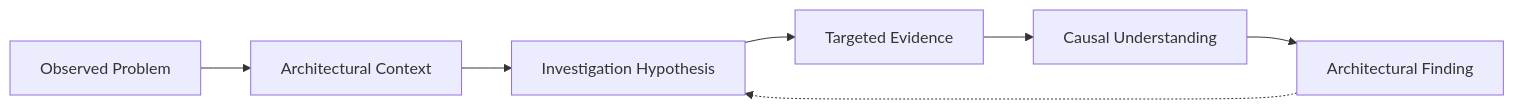
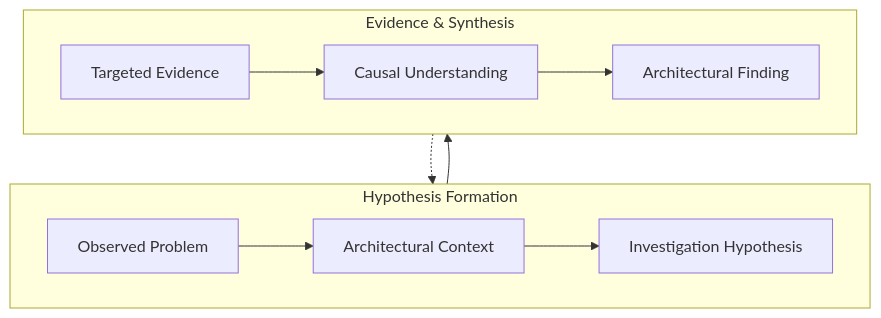
One commit to avfranco-br/portfolio changed the fourth of 24 diagrams in docs/sop/methods/architecture-assessment-and-roadmap.md. Above: the diagram before and after it, drawn with Mermaid. The commit also changed other lines of this file and 10 other files, not shown here.

Commit message:
Refactor Mermaid diagrams across SOP and methods documentation for legibility

````diff
--- a/docs/sop/methods/architecture-assessment-and-roadmap.md
+++ b/docs/sop/methods/architecture-assessment-and-roadmap.md
@@ -241,11 +259,17 @@
 ```mermaid
-flowchart LR
-    A["Observed Problem"]
-    B["Architectural Context"]
-    C["Investigation Hypothesis"]
-    D["Targeted Evidence"]
-    E["Causal Understanding"]
-    F["Architectural Finding"]
-    A --> B --> C --> D --> E --> F
+flowchart TD
+    subgraph Tier1["Hypothesis Formation"]
+        direction LR
+        A["Observed Problem"] --> B["Architectural Context"]
+        B --> C["Investigation Hypothesis"]
+    end
+
+    subgraph Tier2["Evidence & Synthesis"]
+        direction LR
+        D["Targeted Evidence"] --> E["Causal Understanding"]
+        E --> F["Architectural Finding"]
+    end
+
+    C --> D
     F -.-> C
 ```
````
